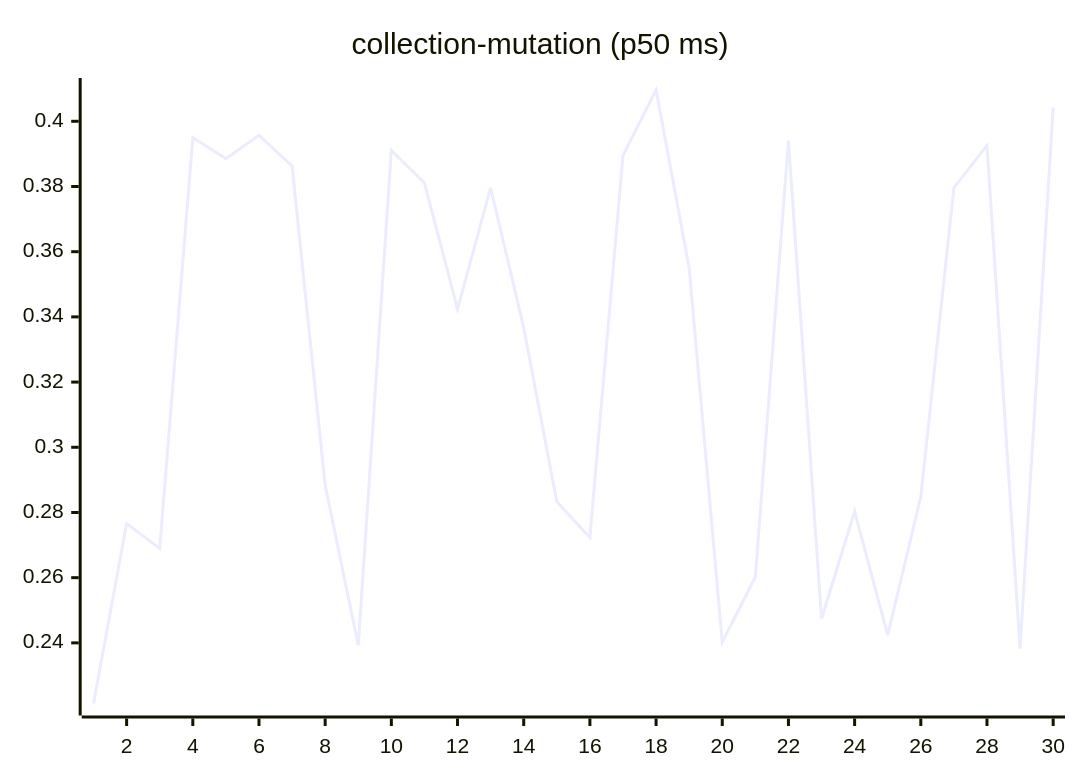
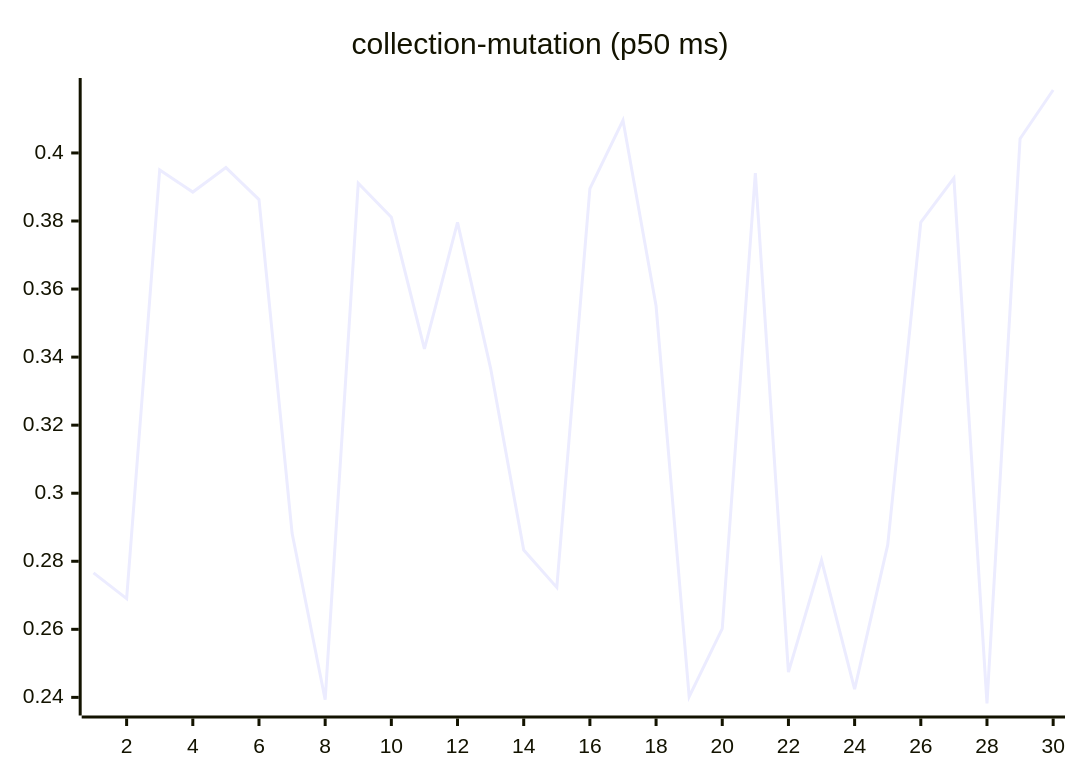
One commit to josha/Facet changed the sixth of 27 diagrams in README.md. Above: the diagram before and after it, drawn with Mermaid. The commit also changed other lines of this file and 2 other files, not shown here.

````diff
--- a/README.md
+++ b/README.md
@@ -98,6 +98,6 @@
 ```mermaid
 xychart-beta
     title "collection-mutation (p50 ms)"
     x-axis 1 --> 30
-    line [0.2214, 0.2766, 0.2690, 0.3950, 0.3885, 0.3957, 0.3863, 0.2883, 0.2393, 0.3911, 0.3811, 0.3424, 0.3796, 0.3367, 0.2833, 0.2723, 0.3895, 0.4096, 0.3550, 0.2402, 0.2602, 0.3941, 0.2474, 0.2803, 0.2424, 0.2848, 0.3796, 0.3926, 0.2382, 0.4042]
+    line [0.2766, 0.2690, 0.3950, 0.3885, 0.3957, 0.3863, 0.2883, 0.2393, 0.3911, 0.3811, 0.3424, 0.3796, 0.3367, 0.2833, 0.2723, 0.3895, 0.4096, 0.3550, 0.2402, 0.2602, 0.3941, 0.2474, 0.2803, 0.2424, 0.2848, 0.3796, 0.3926, 0.2382, 0.4042, 0.4185]
 ```
````
